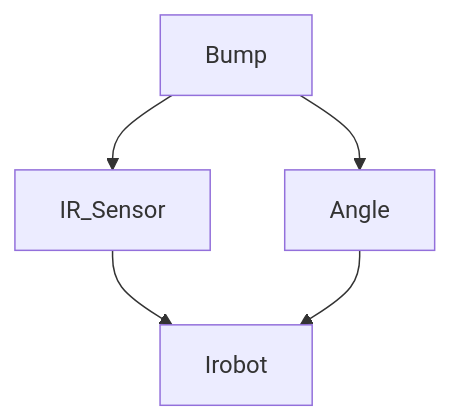
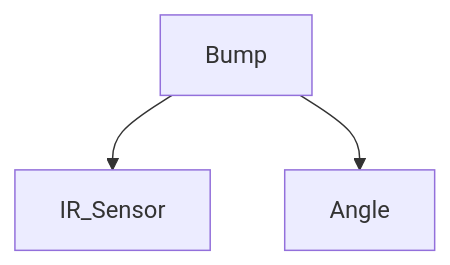
One commit to vamshireddy7008/CSE5694-IROBOT changed the first of 3 diagrams in README.md. Above: the diagram before and after it, drawn with Mermaid. The commit also changed other lines of this file and 1 other file, not shown here.

````diff
--- a/README.md
+++ b/README.md
@@ -41,7 +41,7 @@
 ```mermaid
 graph TD;
     Bump-->IR_Sensor;
     Bump-->Angle;
-    IR_Sensor-->Irobot;
-    Angle-->Irobot;
+    IR_Sensor;
+    Angle;
 ```
````
